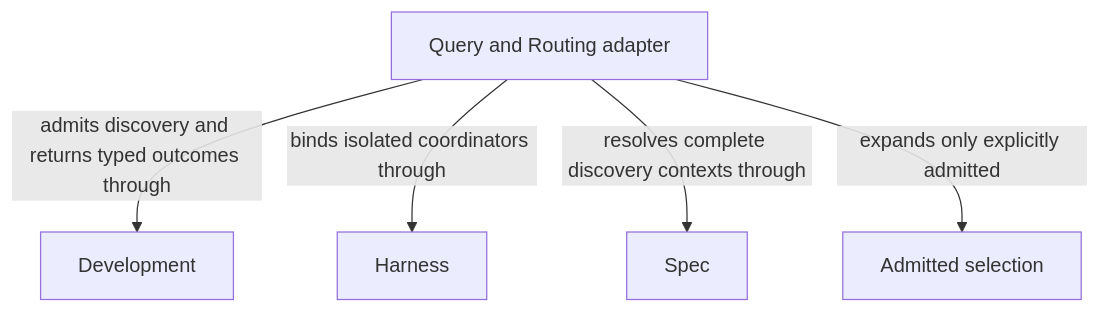
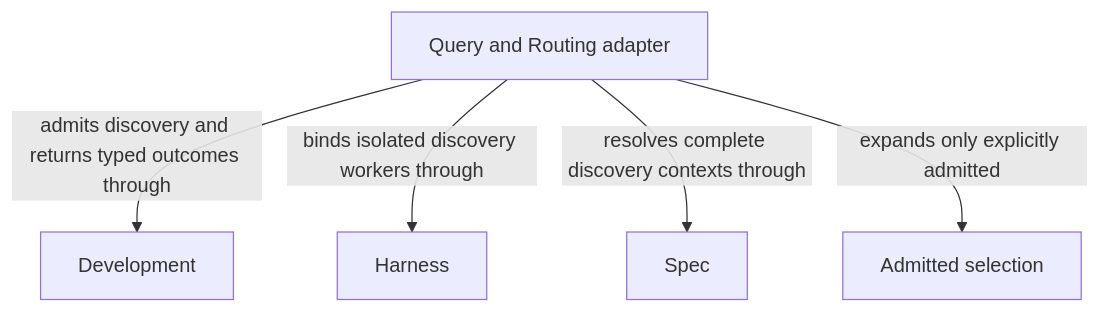
The diagram in specs/concorde/query-routing/module.md (FTOD/concorde), drawn with Mermaid before and after one commit. The commit also changed other lines of this file and 222 other files, not shown here.

````diff
--- a/specs/concorde/query-routing/module.md
+++ b/specs/concorde/query-routing/module.md
@@ -106,14 +106,14 @@
 ```mermaid
 flowchart TB
     accTitle: Query and Routing entities and dependencies
-    accDescr: Query and Routing resolves explicit complete Module contexts through Spec, binds fresh coordinators through Harness and returns admitted answers routes or stopping outcomes through the host.
+    accDescr: Query and Routing resolves explicit complete Module contexts through Spec, binds fresh discovery workers through Harness and returns admitted answers routes or stopping outcomes through the host.
     e0["Query and Routing adapter"]
     e1["Development"]
     e2["Harness"]
     e3["Spec"]
     e0 -->|admits discovery and returns typed outcomes through| e1
-    e0 -->|binds isolated coordinators through| e2
+    e0 -->|binds isolated discovery workers through| e2
     e0 -->|resolves complete discovery contexts through| e3
     domain_selection["Admitted selection"]
     e0 -->|expands only explicitly admitted| domain_selection
 ```
````
